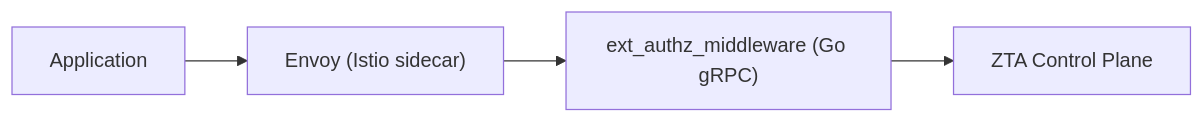
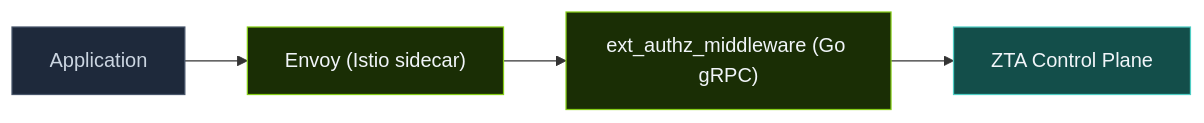
The diagram in docs/ui/docs/deployment-modes/istio.md (outshift-open/CASA), drawn with Mermaid before and after one commit. The commit also changed other lines of this file and 8 other files, not shown here.

````diff
--- a/docs/ui/docs/deployment-modes/istio.md
+++ b/docs/ui/docs/deployment-modes/istio.md
@@ -15,6 +15,11 @@
 ```mermaid
 graph LR
     Application --> Envoy["Envoy (Istio sidecar)"]
     Envoy --> ext_authz["ext_authz_middleware (Go gRPC)"]
     ext_authz --> ZTA["ZTA Control Plane"]
+
+    style Application fill:#1e293b,stroke:#475569,color:#cbd5e1
+    style Envoy fill:#1a2e05,stroke:#84cc16,color:#f1f5f9
+    style ext_authz fill:#1a2e05,stroke:#84cc16,color:#f1f5f9
+    style ZTA fill:#134e4a,stroke:#4ecdc4,color:#f1f5f9
 ```
````
